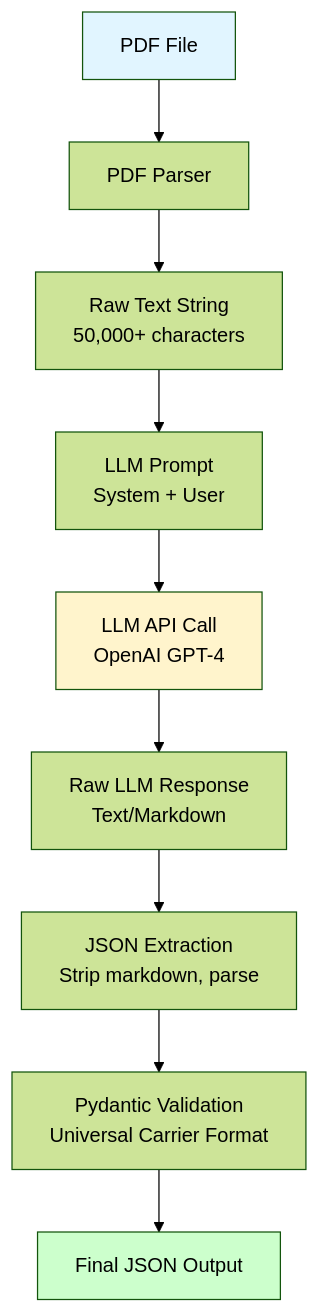
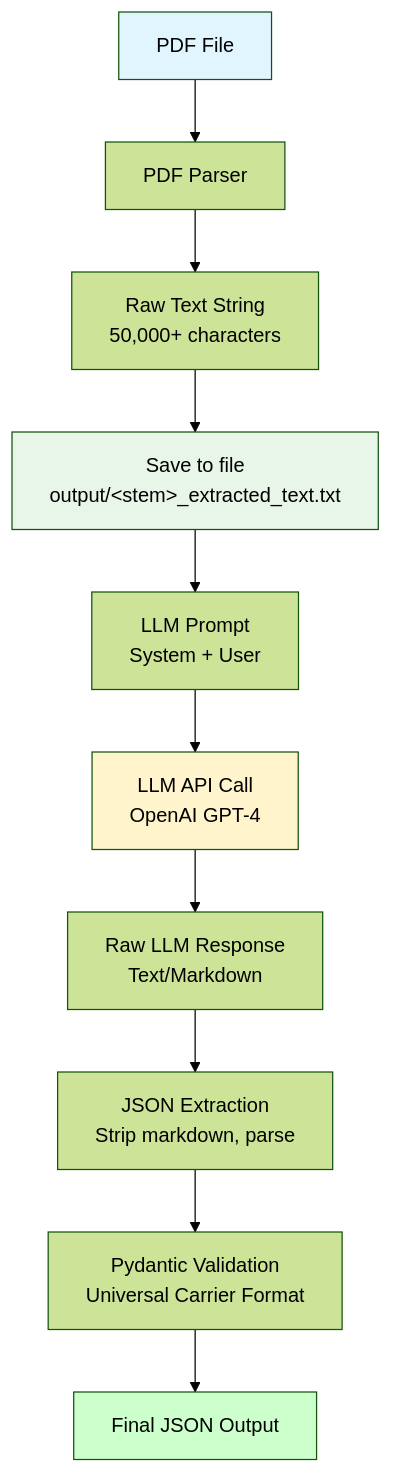
One commit to iammikek/universal-carrier-formatter changed the diagram in docs/LLM_EXTRACTION_FLOW.md. Above: the diagram before and after it, drawn with Mermaid (forest theme). The commit also changed other lines of this file and 14 other files, not shown here.

First line of the commit message:
Always save extracted text; add progress feedback; update docs; remove Huboo ref

````diff
--- a/docs/LLM_EXTRACTION_FLOW.md
+++ b/docs/LLM_EXTRACTION_FLOW.md
@@ -11,15 +11,17 @@
 ```mermaid
 flowchart TD
     A[PDF File] --> B[PDF Parser]
     B --> C[Raw Text String<br/>50,000+ characters]
-    C --> D[LLM Prompt<br/>System + User]
+    C --> S[Save to file<br/>output/&lt;stem&gt;_extracted_text.txt]
+    S --> D[LLM Prompt<br/>System + User]
     D --> E[LLM API Call<br/>OpenAI GPT-4]
     E --> F[Raw LLM Response<br/>Text/Markdown]
     F --> G[JSON Extraction<br/>Strip markdown, parse]
     G --> H[Pydantic Validation<br/>Universal Carrier Format]
     H --> I[Final JSON Output]
     
     style A fill:#e1f5ff
     style I fill:#ccffcc
     style E fill:#fff4cc
+    style S fill:#e8f5e9
 ```
````
